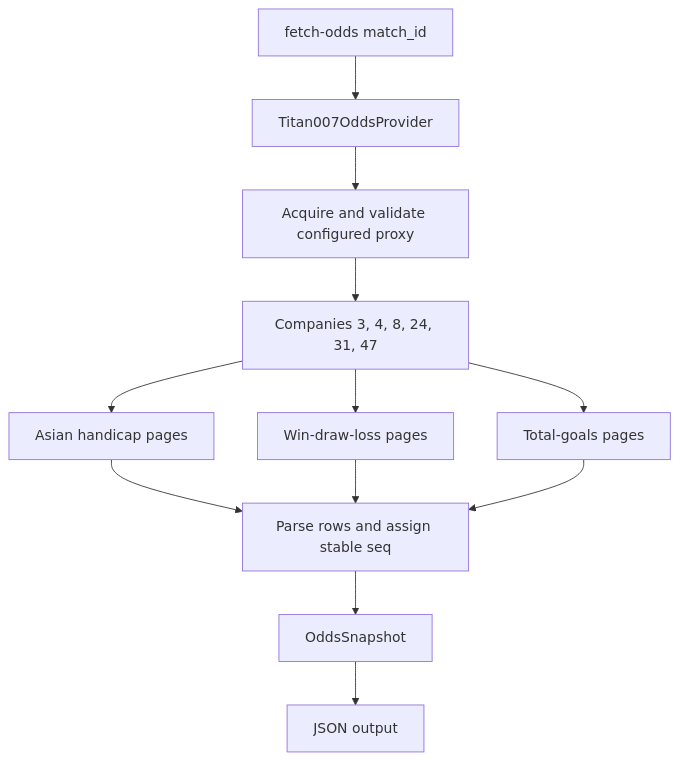
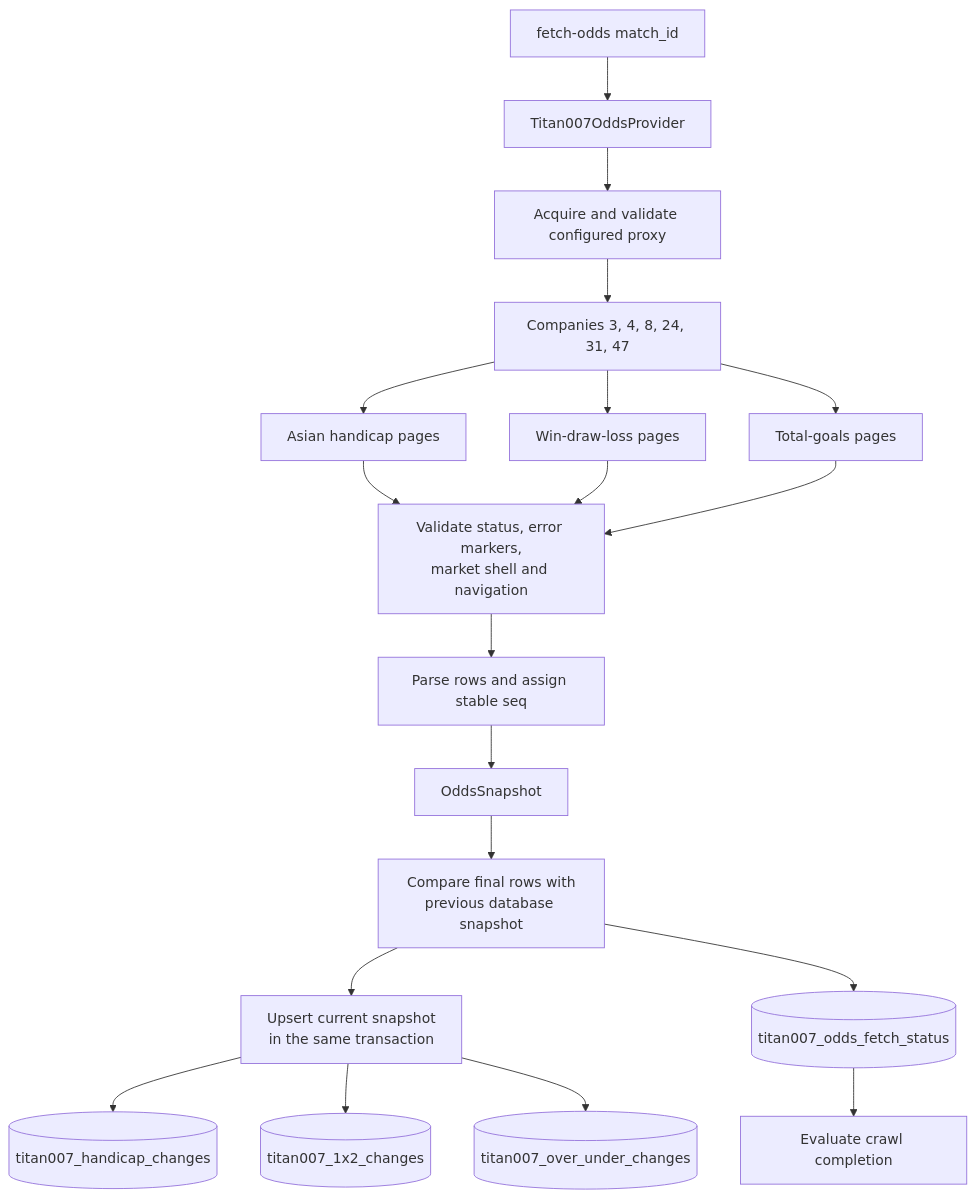
Before and after one commit to adam-zou/football2607: the fourth of 4 diagrams in docs/architecture/code-flow.md, drawn with Mermaid. The commit also changed other lines of this file and 36 other files, not shown here.

````diff
--- a/docs/architecture/code-flow.md
+++ b/docs/architecture/code-flow.md
@@ -154,14 +218,21 @@
 ```mermaid
 flowchart TD
     CLI["fetch-odds match_id"] --> Provider["Titan007OddsProvider"]
     Provider --> Proxy["Acquire and validate configured proxy"]
     Proxy --> Companies["Companies 3, 4, 8, 24, 31, 47"]
     Companies --> Handicap["Asian handicap pages"]
     Companies --> OneXTwo["Win-draw-loss pages"]
     Companies --> OverUnder["Total-goals pages"]
-    Handicap --> Parse["Parse rows and assign stable seq"]
-    OneXTwo --> Parse
-    OverUnder --> Parse
+    Handicap --> Validate["Validate status, error markers,<br/>market shell and navigation"]
+    OneXTwo --> Validate
+    OverUnder --> Validate
+    Validate --> Parse["Parse rows and assign stable seq"]
     Parse --> Snapshot["OddsSnapshot"]
-    Snapshot --> JSON["JSON output"]
+    Snapshot --> Verify["Compare final rows with<br/>previous database snapshot"]
+    Verify --> Store["Upsert current snapshot<br/>in the same transaction"]
+    Verify --> FetchStatus[("titan007_odds_fetch_status")]
+    Store --> HandicapTable[("titan007_handicap_changes")]
+    Store --> OneXTwoTable[("titan007_1x2_changes")]
+    Store --> OverUnderTable[("titan007_over_under_changes")]
+    FetchStatus --> Complete["Evaluate crawl completion"]
 ```
````
